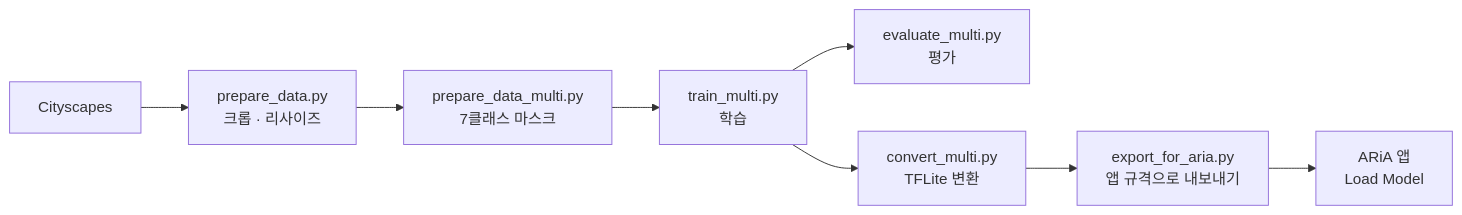
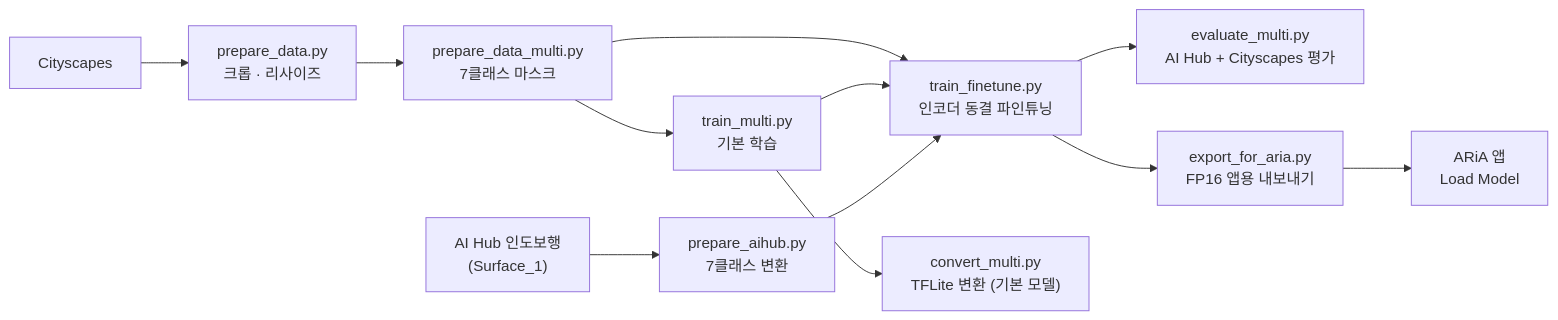
Before and after one commit to tulg580/vision_model: the diagram in README.md, drawn with Mermaid. The commit also changed other lines of this file, not shown here.

````diff
--- a/README.md
+++ b/README.md
@@ -23,10 +23,14 @@
 ```mermaid
 flowchart LR
   A["Cityscapes"] --> B["prepare_data.py<br/>크롭 · 리사이즈"]
   B --> C["prepare_data_multi.py<br/>7클래스 마스크"]
-  C --> D["train_multi.py<br/>학습"]
-  D --> E["evaluate_multi.py<br/>평가"]
-  D --> F["convert_multi.py<br/>TFLite 변환"]
-  F --> G["export_for_aria.py<br/>앱 규격으로 내보내기"]
+  C --> D["train_multi.py<br/>기본 학습"]
+  S["AI Hub 인도보행<br/>(Surface_1)"] --> P["prepare_aihub.py<br/>7클래스 변환"]
+  C --> T["train_finetune.py<br/>인코더 동결 파인튜닝"]
+  D --> T
+  P --> T
+  T --> E["evaluate_multi.py<br/>AI Hub + Cityscapes 평가"]
+  T --> G["export_for_aria.py<br/>FP16 앱용 내보내기"]
+  D --> F["convert_multi.py<br/>TFLite 변환 (기본 모델)"]
   G --> H["ARiA 앱<br/>Load Model"]
 ```
````
